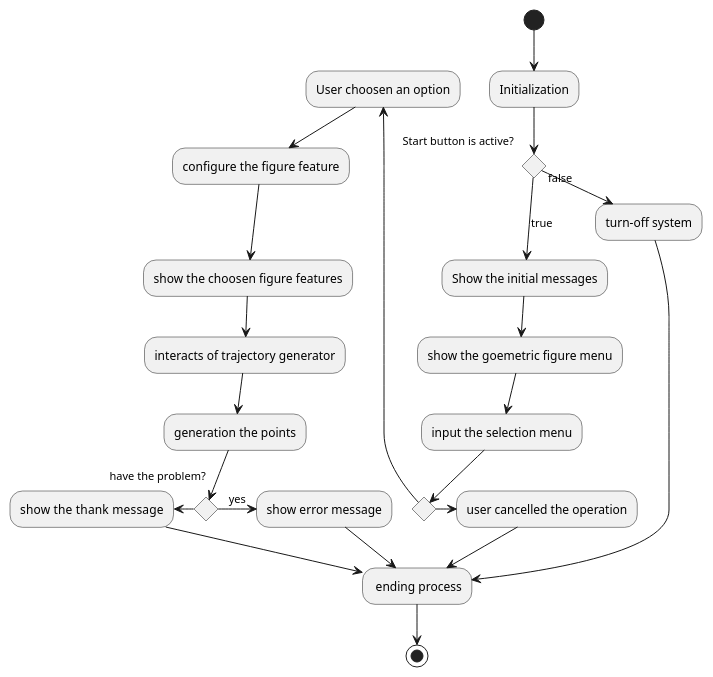
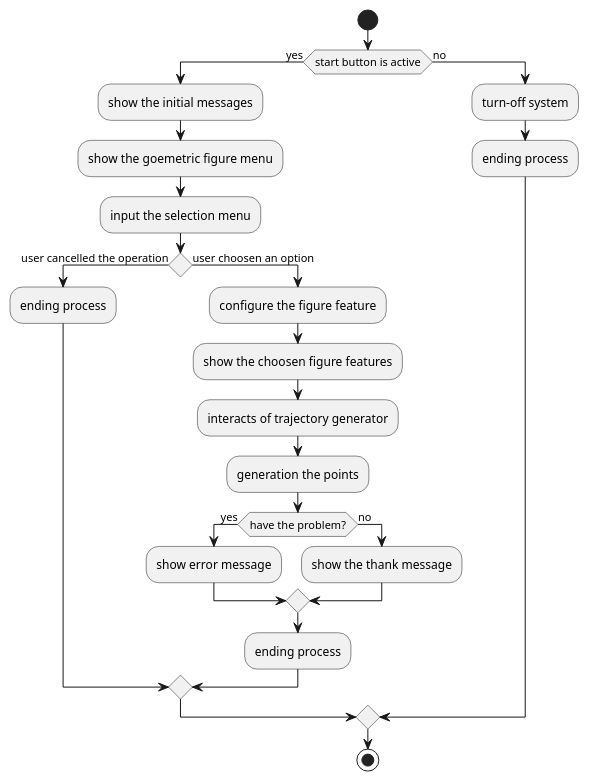
Before and after one commit to MarcioFreitasUFSC21/RTGS-Master-Course-System: the diagram in ActivityDiagramGeneral.plantuml, drawn with PlantUML. The commit also changed 2 other files, not shown here.

Commit message:
finally I have drawn the trajectory generate activity diagram correctly

```diff
--- a/ActivityDiagramGeneral.plantuml
+++ b/ActivityDiagramGeneral.plantuml
@@ -1,30 +1,26 @@
 @startuml
-
-(*)--> "Initialization"
-if "Start button is active?" then
--->[true] "Show the initial messages"
--down->  "show the goemetric figure menu"
--down-> "input the selection menu"
-if "" then 
-    -> "user cancelled the operation" as a3
-    -down-> " ending process" as fn
-else 
-    -left->"User choosen an option"
-    -down-> "configure the figure feature"
-    -down-> "show the choosen figure features"
-    -down-> "interacts of trajectory generator"
-    -down-> "generation the points"
-        if "have the problem?" then
-            ->[yes] "show error message"
-            -down-> " ending process" as fn
-        else
-            -left->"show  the thank message"
-            -down-> " ending process" as fn
+start
+if (start button is active) then (yes)
+    :show the initial messages;
+    :show the goemetric figure menu;
+    :input the selection menu;
+    if () then (user cancelled the operation)
+        :ending process;
+    else (user choosen an option)
+        :configure the figure feature;
+        :show the choosen figure features;
+        :interacts of trajectory generator;
+        :generation the points;
+        if (have the problem?) then (yes)
+            :show error message;
+        else (no)
+            :show the thank message;
         endif
-  endif
-else
- ->[false] "turn-off system" as a2
- -down-> " ending process" as fn
- fn -->(*)
+        :ending process;
+    endif
+else (no)
+    :turn-off system;
+    :ending process;
 endif
+stop
 @enduml
```
